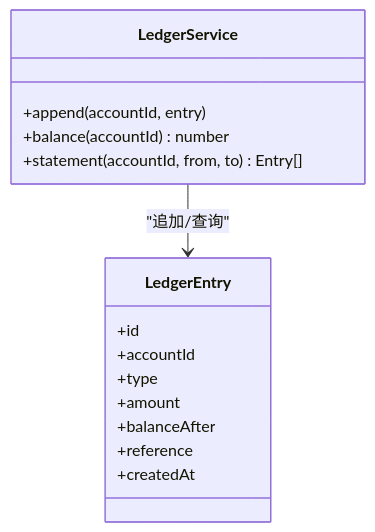
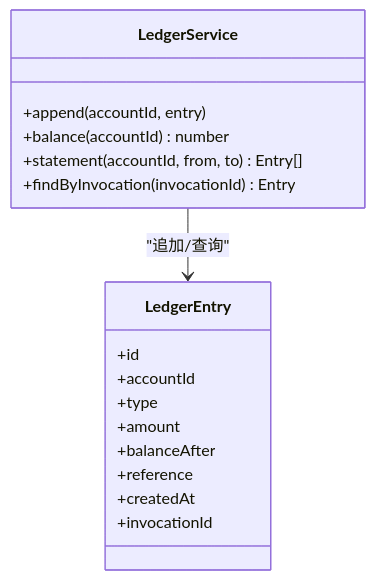
Before and after one commit to scottcwy/PurpleInk: the tenth of 14 diagrams in .qoder/repowiki/zh/content/项目概述/计费配置/计费和会计账簿系统.md, drawn with Mermaid. The commit also changed other lines of this file and 48 other files, not shown here.

````diff
--- a/.qoder/repowiki/zh/content/项目概述/计费配置/计费和会计账簿系统.md
+++ b/.qoder/repowiki/zh/content/项目概述/计费配置/计费和会计账簿系统.md
@@ -378,18 +478,20 @@
 ```mermaid
 classDiagram
 class LedgerService {
 +append(accountId, entry)
 +balance(accountId) number
 +statement(accountId, from, to) Entry[]
++findByInvocation(invocationId) Entry
 }
 class LedgerEntry {
 +id
 +accountId
 +type
 +amount
 +balanceAfter
 +reference
 +createdAt
++invocationId
 }
 LedgerService --> LedgerEntry : "追加/查询"
 ```
````
